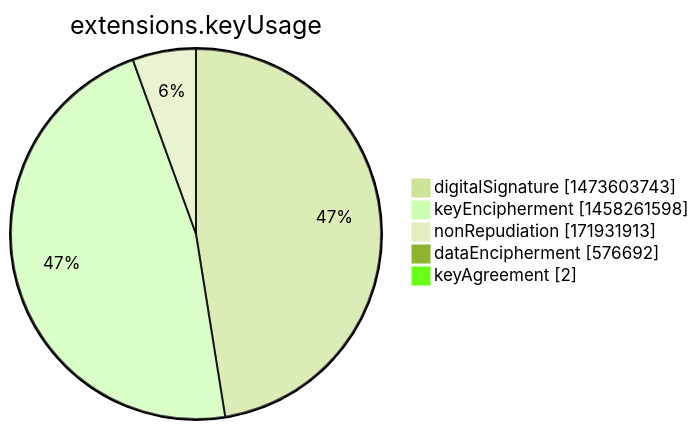
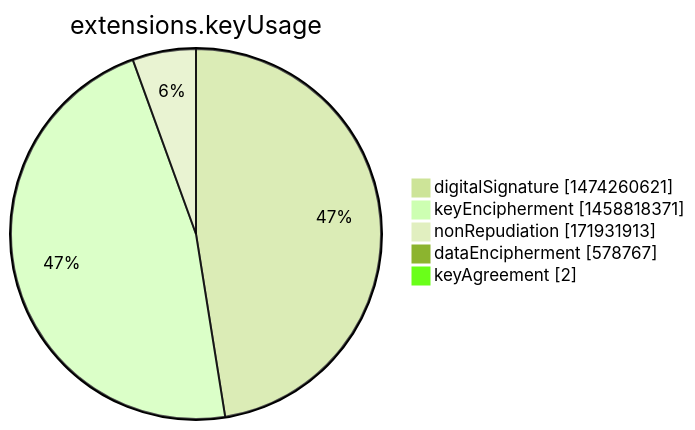
Before and after one commit to christiankrug/ctmonitor_visualization: the seventh of 15 diagrams in argon2022/README.md, drawn with Mermaid (forest theme). The commit also changed other lines of this file, not shown here.

````diff
--- a/argon2022/README.md
+++ b/argon2022/README.md
@@ -2751,9 +2751,9 @@
 ```mermaid
 pie showData
 title extensions.keyUsage
-"digitalSignature" :1473603743
-"keyEncipherment" :1458261598
+"digitalSignature" :1474260621
+"keyEncipherment" :1458818371
 "nonRepudiation" :171931913
-"dataEncipherment" :576692
+"dataEncipherment" :578767
 "keyAgreement" :2
 ```
````
